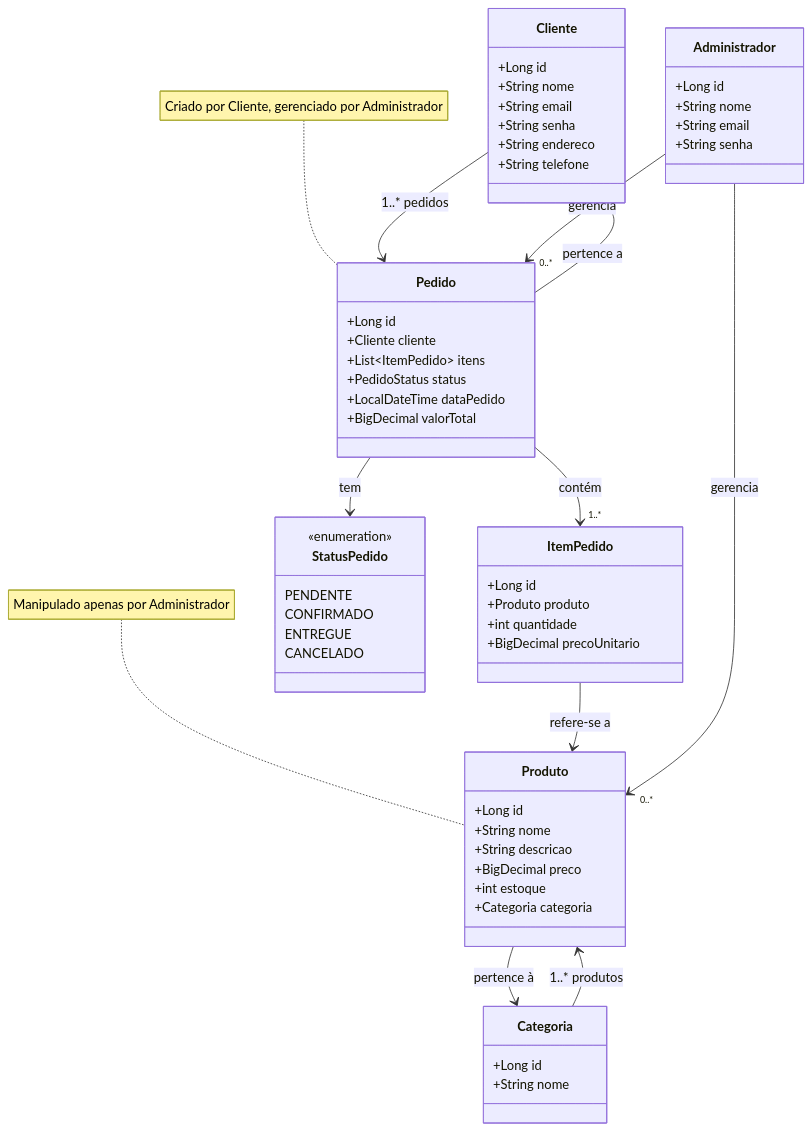
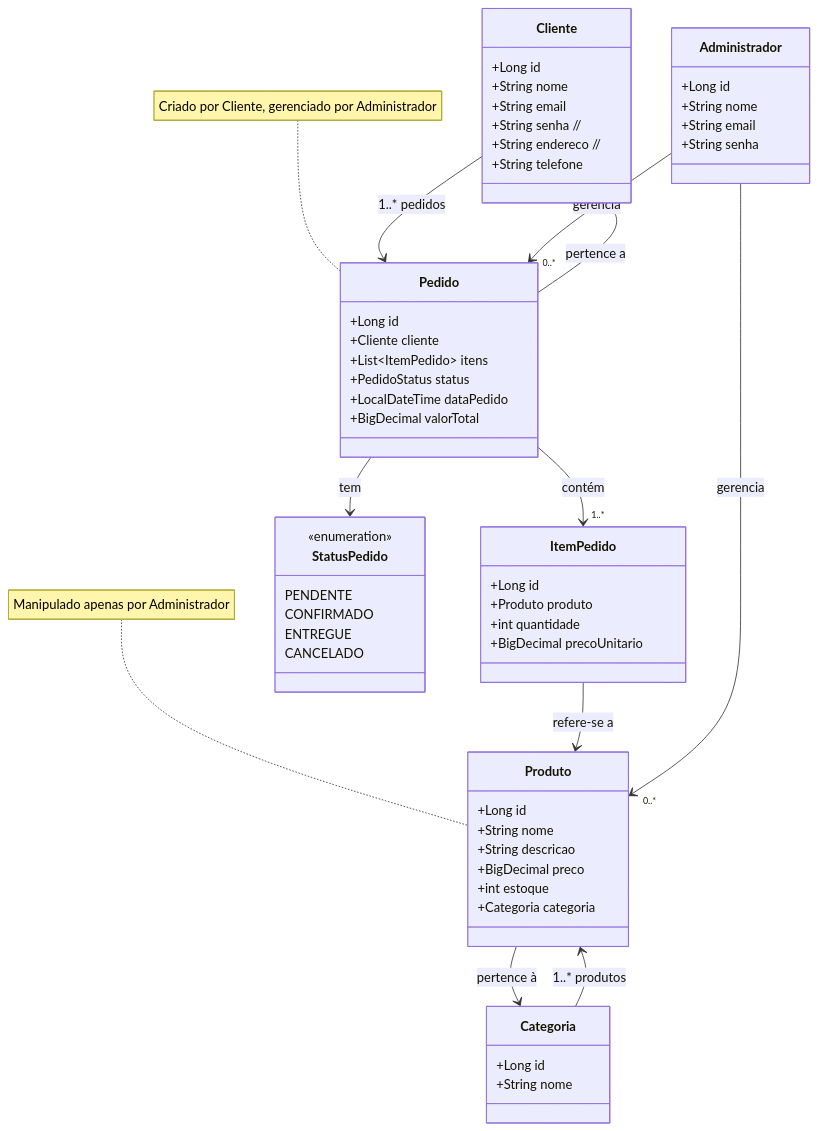
One commit to EduardoReis2020/trilha-java changed the diagram in vendasapi/README.md. Above: the diagram before and after it, drawn with Mermaid. The commit also changed other lines of this file, not shown here.

````diff
--- a/vendasapi/README.md
+++ b/vendasapi/README.md
@@ -3,76 +171,74 @@
 ```mermaid
-
 classDiagram
   class Produto {
     +Long id
     +String nome
     +String descricao
     +BigDecimal preco
     +int estoque
     +Categoria categoria
   }
 
   class Categoria {
     +Long id
     +String nome
   }
 
   class Cliente {
     +Long id
     +String nome
     +String email 
-    +String senha 
-    +String endereco 
+    +String senha //
+    +String endereco //
     +String telefone
   }
 
   class Administrador {
     +Long id
     +String nome
     +String email
     +String senha
   }
 
   class Pedido {
     +Long id
     +Cliente cliente
     +List~ItemPedido~ itens
     +PedidoStatus status
     +LocalDateTime dataPedido
     +BigDecimal valorTotal
   }
 
   class ItemPedido {
     +Long id
     +Produto produto
     +int quantidade
     +BigDecimal precoUnitario
   }
 
   class StatusPedido {
     <<enumeration>>
     PENDENTE
     CONFIRMADO
     ENTREGUE
     CANCELADO
   }
 
   Produto --> Categoria : pertence à
   Categoria --> Produto : 1..* produtos
 
   Pedido --> Cliente : pertence a
   Cliente --> Pedido : 1..* pedidos
 
   Pedido --> "1..*" ItemPedido : contém
   ItemPedido --> Produto : refere-se a
 
   Pedido --> StatusPedido : tem
 
   note for Produto "Manipulado apenas por Administrador"
 
   note for Pedido "Criado por Cliente, gerenciado por Administrador"
 
   Administrador --> "0..*" Produto : gerencia
   Administrador --> "0..*" Pedido : gerencia
-
 ```
````
